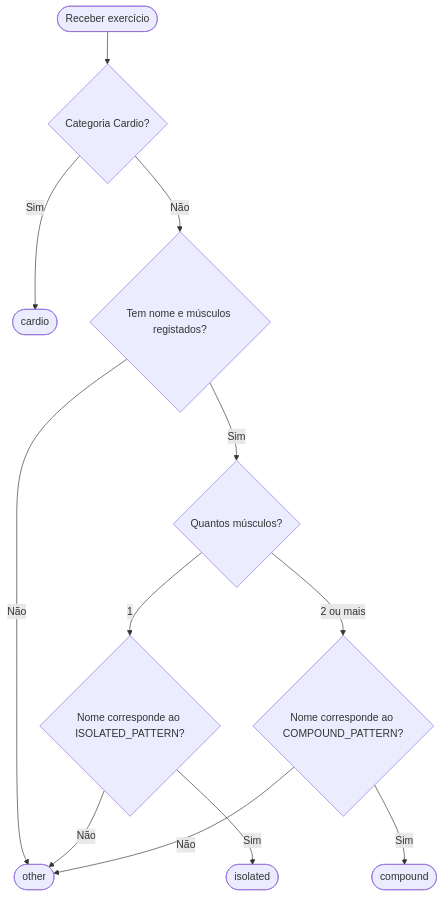
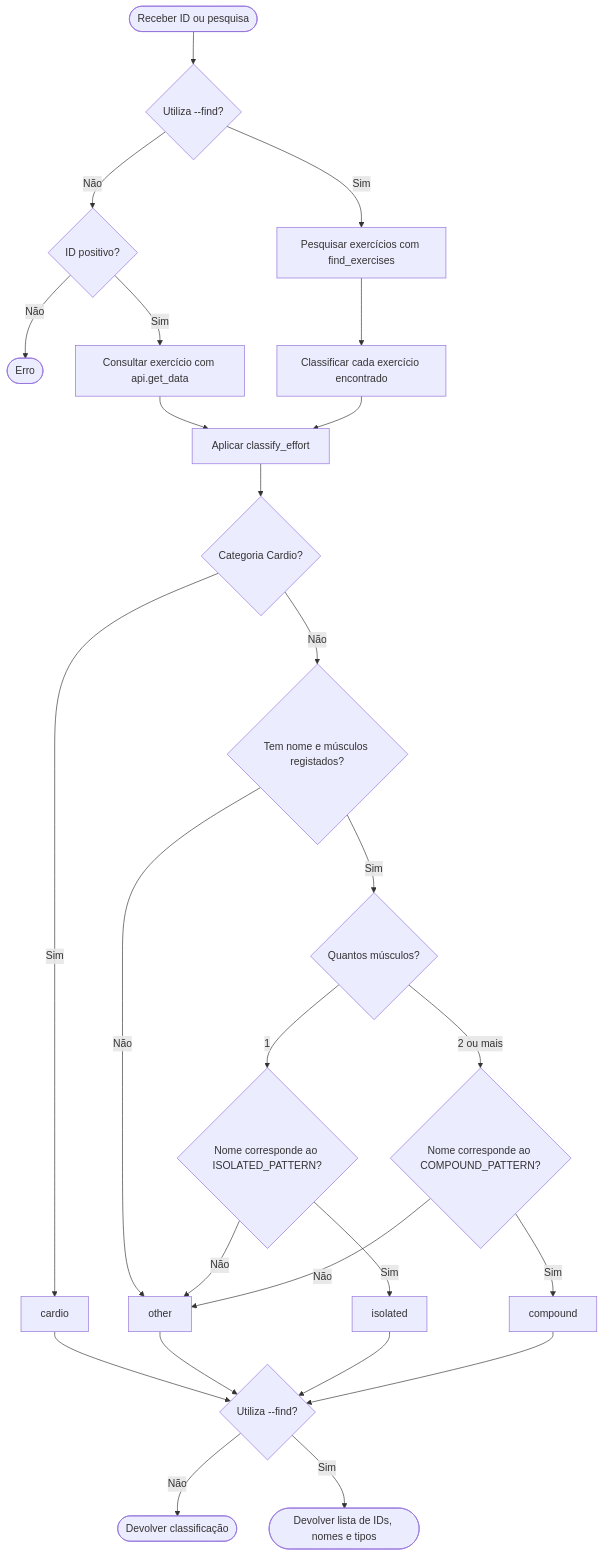
The diagram in fitlib/README_C.md (nathansperinde/ALPCD_12), drawn with Mermaid before and after one commit. The commit also changed other lines of this file and 2 other files, not shown here.

Commit message:
Add README_X2 and update algorithm flowcharts in README_C and README_X1

````diff
--- a/fitlib/README_C.md
+++ b/fitlib/README_C.md
@@ -33,14 +33,28 @@
 ```mermaid
 flowchart TD
-    A([Receber exercício]) --> C{Categoria Cardio?}
-    C -->|Sim| D([cardio])
-    C -->|Não| E{Tem nome e músculos registados?}
-    E -->|Não| F([other])
-    E -->|Sim| G{Quantos músculos?}
-    G -->|1| H{Nome corresponde ao ISOLATED_PATTERN?}
-    G -->|2 ou mais| I{Nome corresponde ao COMPOUND_PATTERN?}
-    H -->|Sim| J([isolated])
-    H -->|Não| F
-    I -->|Sim| K([compound])
-    I -->|Não| F
+    A([Receber ID ou pesquisa]) --> B{Utiliza --find?}
+    B -->|Não| C{ID positivo?}
+    C -->|Não| D([Erro])
+    C -->|Sim| E[Consultar exercício com api.get_data]
+    B -->|Sim| F[Pesquisar exercícios com find_exercises]
+    E --> G[Aplicar classify_effort]
+    F --> H[Classificar cada exercício encontrado]
+    H --> G
+    G --> I{Categoria Cardio?}
+    I -->|Sim| J[cardio]
+    I -->|Não| K{Tem nome e músculos registados?}
+    K -->|Não| L[other]
+    K -->|Sim| M{Quantos músculos?}
+    M -->|1| N{Nome corresponde ao ISOLATED_PATTERN?}
+    M -->|2 ou mais| O{Nome corresponde ao COMPOUND_PATTERN?}
+    N -->|Sim| P[isolated]
+    N -->|Não| L
+    O -->|Sim| Q[compound]
+    O -->|Não| L
+    J --> R{Utiliza --find?}
+    L --> R
+    P --> R
+    Q --> R
+    R -->|Não| S([Devolver classificação])
+    R -->|Sim| T([Devolver lista de IDs, nomes e tipos])
 ```
````
